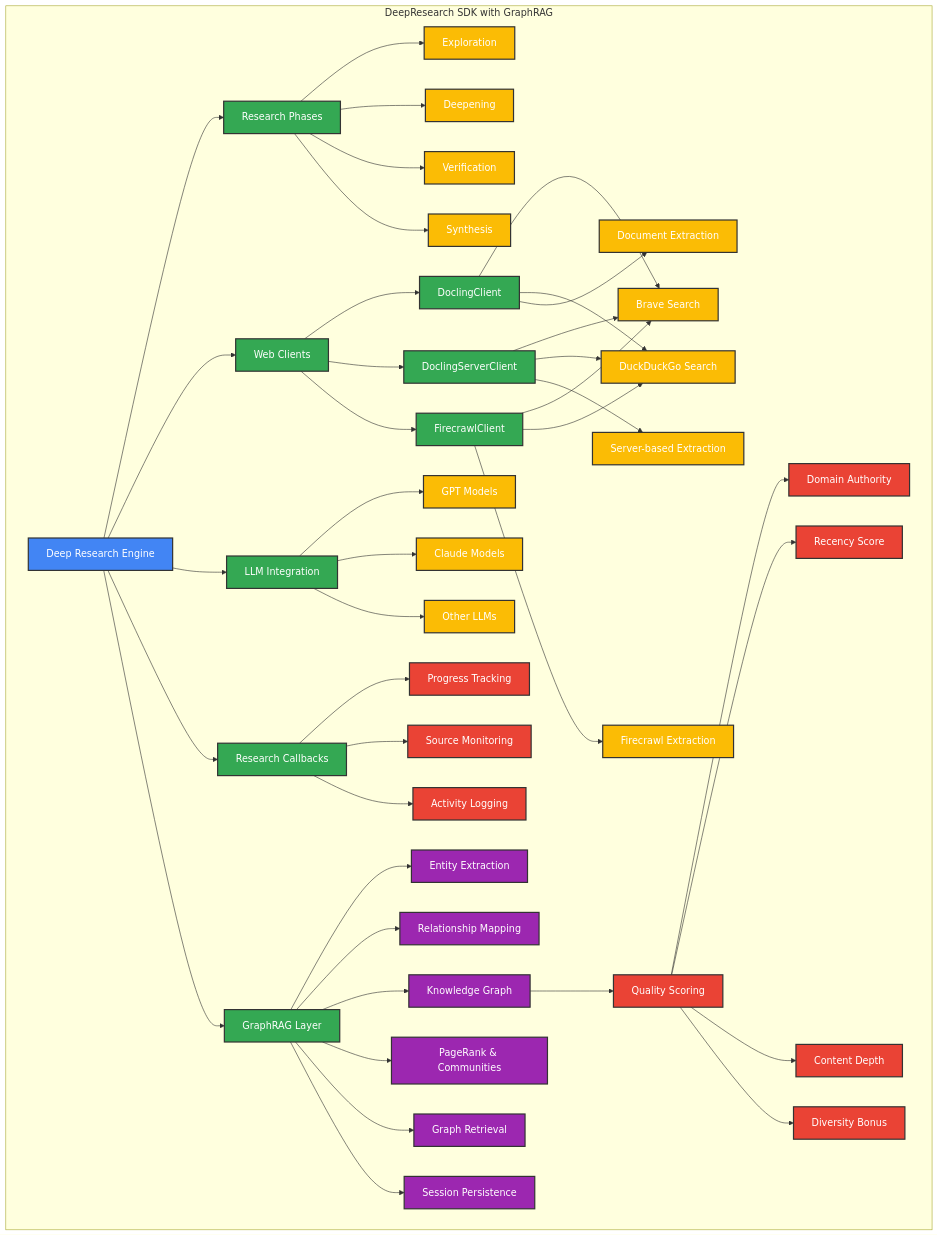
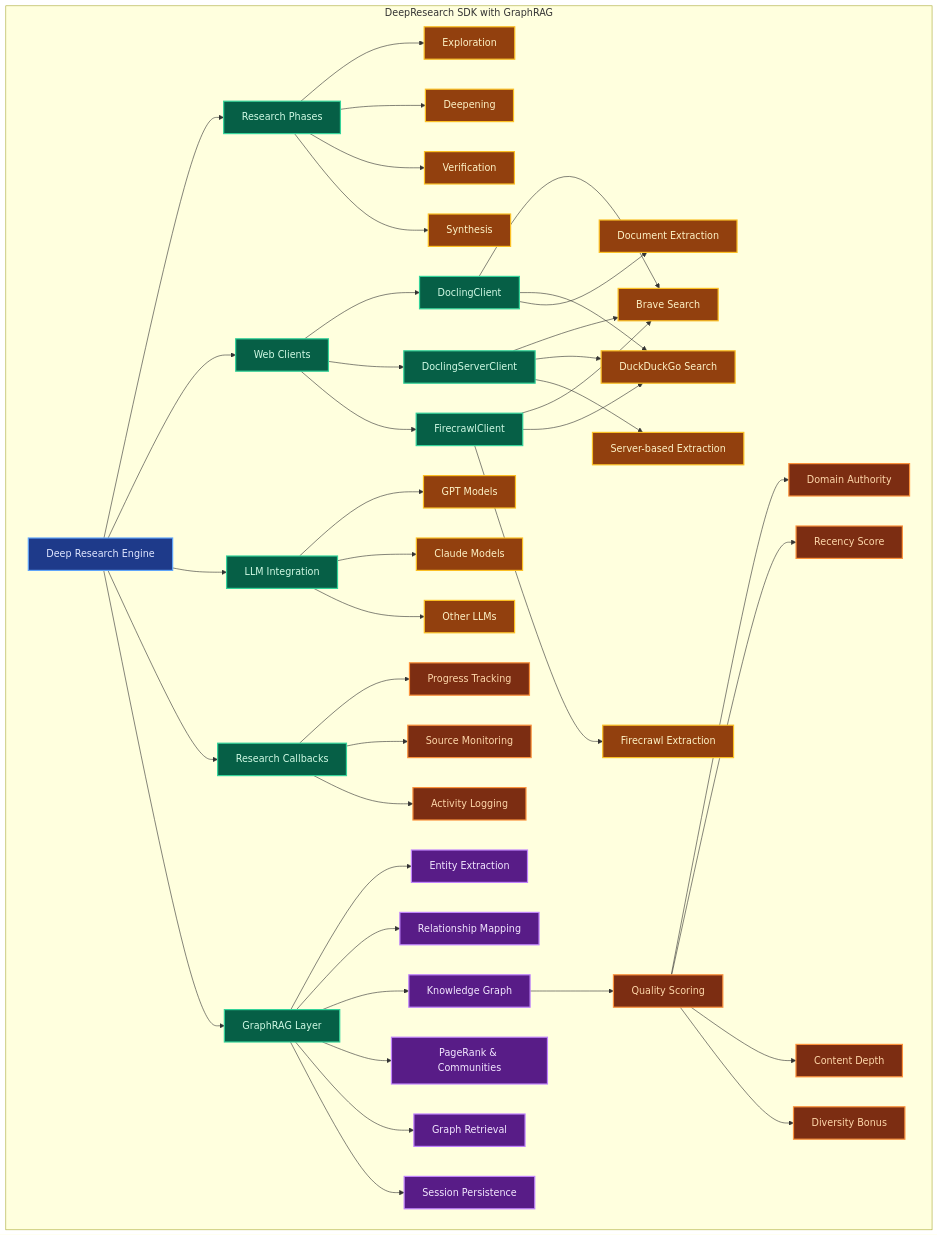
One commit to Rishang/deep-research changed the first of 2 diagrams in README.md. Above: the diagram before and after it, drawn with Mermaid.

Commit message:
Update README color scheme for class definitions to improve visual clarity and consistency.

````diff
--- a/README.md
+++ b/README.md
@@ -37,67 +37,67 @@
 ```mermaid
 graph TD
     subgraph "DeepResearch SDK with GraphRAG"
         A[Deep Research Engine] --> RP[Research Phases]
         A --> W[Web Clients]
         A --> C[LLM Integration]
         A --> D[Research Callbacks]
         A --> KG[GraphRAG Layer]
 
         RP --> RP1[Exploration]
         RP --> RP2[Deepening]
         RP --> RP3[Verification]
         RP --> RP4[Synthesis]
 
         W --> B1[DoclingClient]
         W --> B2[DoclingServerClient]
         W --> B3[FirecrawlClient]
 
         B1 --> E[Brave Search]
         B1 --> F[DuckDuckGo Search]
         B1 --> G[Document Extraction]
 
         B2 --> E
         B2 --> F
         B2 --> G2[Server-based Extraction]
 
         B3 --> E
         B3 --> F
         B3 --> G3[Firecrawl Extraction]
 
         C --> H[GPT Models]
         C --> I[Claude Models]
         C --> J[Other LLMs]
 
         D --> K[Progress Tracking]
         D --> L[Source Monitoring]
         D --> M[Activity Logging]
 
         KG --> KG1[Entity Extraction]
         KG --> KG2[Relationship Mapping]
         KG --> KG3[Knowledge Graph]
         KG --> KG4[PageRank & Communities]
         KG --> KG5[Graph Retrieval]
         KG --> KG6[Session Persistence]
 
         KG3 --> QS[Quality Scoring]
         QS --> QS1[Domain Authority]
         QS --> QS2[Recency Score]
         QS --> QS3[Content Depth]
         QS --> QS4[Diversity Bonus]
     end
 
-    classDef primary fill:#4285F4,stroke:#333,stroke-width:2px,color:white
-    classDef secondary fill:#34A853,stroke:#333,stroke-width:2px,color:white
-    classDef tertiary fill:#FBBC05,stroke:#333,stroke-width:2px,color:white
-    classDef quaternary fill:#EA4335,stroke:#333,stroke-width:2px,color:white
-    classDef graphrag fill:#9C27B0,stroke:#333,stroke-width:2px,color:white
+    classDef primary fill:#1e3a8a,stroke:#60a5fa,stroke-width:2px,color:#e0e7ff
+    classDef secondary fill:#065f46,stroke:#34d399,stroke-width:2px,color:#d1fae5
+    classDef tertiary fill:#92400e,stroke:#fbbf24,stroke-width:2px,color:#fef3c7
+    classDef quaternary fill:#7c2d12,stroke:#fb923c,stroke-width:2px,color:#fed7aa
+    classDef graphrag fill:#581c87,stroke:#c084fc,stroke-width:2px,color:#f3e8ff
 
     class A primary
     class RP,W,C,D,KG secondary
     class RP1,RP2,RP3,RP4 tertiary
     class B1,B2,B3 secondary
     class E,F,G,G2,G3,H,I,J tertiary
     class K,L,M quaternary
     class KG1,KG2,KG3,KG4,KG5,KG6 graphrag
     class QS,QS1,QS2,QS3,QS4 quaternary
 ```
````
